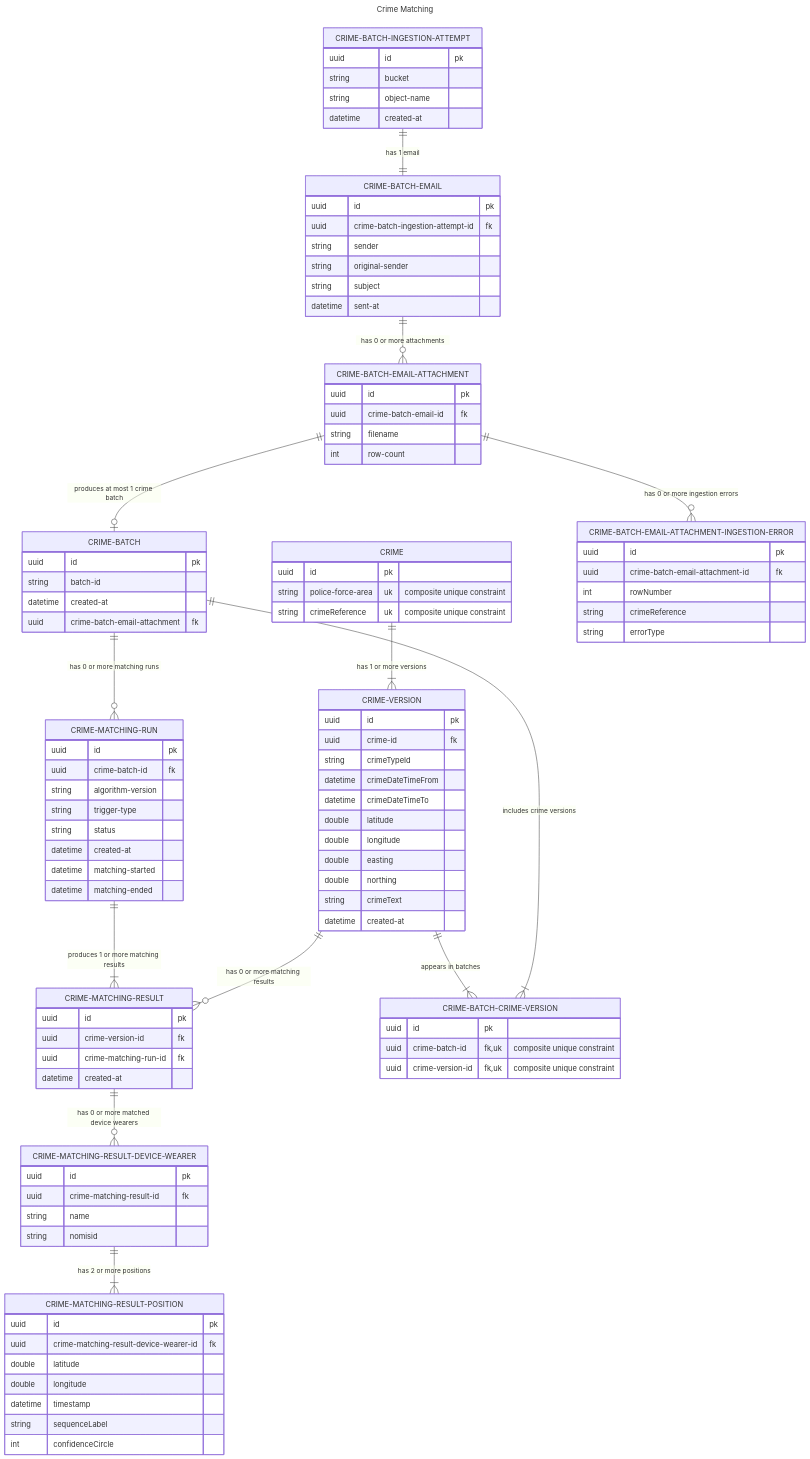
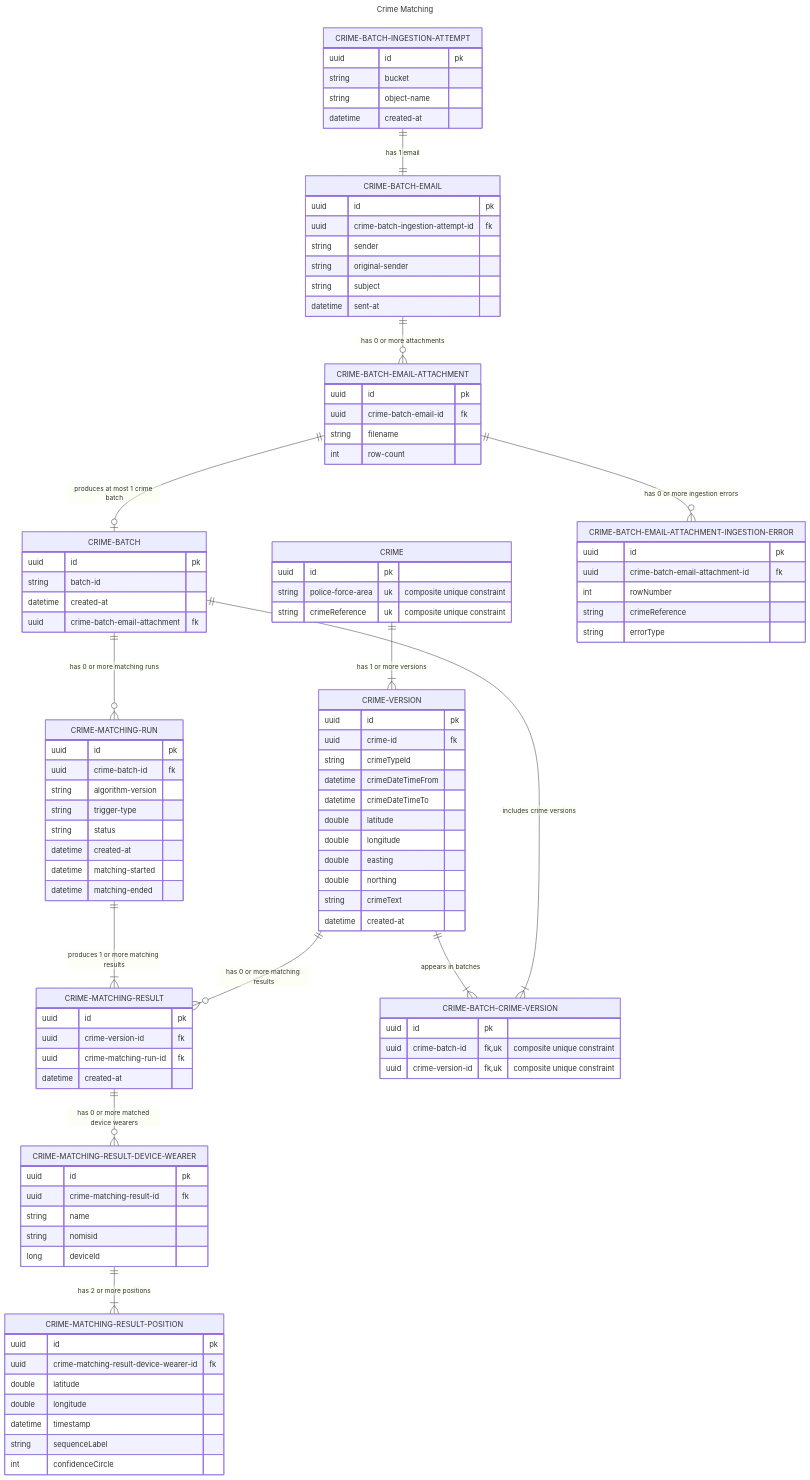
One commit to ministryofjustice/hmpps-electronic-monitoring-crime-matching-api changed the diagram in docs/model.mmd. Above: the diagram before and after it, drawn with Mermaid.

Commit message:
Added deviceId to Data Model as needed in the UI

```diff
--- a/docs/model.mmd
+++ b/docs/model.mmd
@@ -1,120 +1,121 @@
 ---
 title: Crime Matching
 ---
 erDiagram
     %% Domain
     CRIME 1 to 1+ CRIME-VERSION : "has 1 or more versions"
     CRIME-VERSION 1 to 0+ CRIME-MATCHING-RESULT : "has 0 or more matching results"
     CRIME-BATCH 1 to 1+ CRIME-BATCH-CRIME-VERSION : "includes crime versions"
     CRIME-VERSION 1 to 1+ CRIME-BATCH-CRIME-VERSION : "appears in batches"
 
     %% Ingestion
     CRIME-BATCH-EMAIL-ATTACHMENT 1 to zero or one CRIME-BATCH : "produces at most 1 crime batch"
     CRIME-BATCH-INGESTION-ATTEMPT 1 to 1 CRIME-BATCH-EMAIL : "has 1 email"
     CRIME-BATCH-EMAIL 1 to 0+ CRIME-BATCH-EMAIL-ATTACHMENT : "has 0 or more attachments"
     CRIME-BATCH-EMAIL-ATTACHMENT 1 to zero or more CRIME-BATCH-EMAIL-ATTACHMENT-INGESTION-ERROR : "has 0 or more ingestion errors"
 
     %% Matching
     CRIME-BATCH 1 to 0+ CRIME-MATCHING-RUN : "has 0 or more matching runs"
     CRIME-MATCHING-RUN 1 to 1+ CRIME-MATCHING-RESULT : "produces 1 or more matching results"
     CRIME-MATCHING-RESULT 1 to 0+ CRIME-MATCHING-RESULT-DEVICE-WEARER : "has 0 or more matched device wearers"
     CRIME-MATCHING-RESULT-DEVICE-WEARER 1 to 1+ CRIME-MATCHING-RESULT-POSITION : "has 2 or more positions"
 
     CRIME-BATCH {
         uuid id pk
         string batch-id
         datetime created-at
         uuid crime-batch-email-attachment fk
     }
 
     CRIME-BATCH-CRIME-VERSION {
         uuid id pk
         uuid crime-batch-id fk, uk "composite unique constraint"
         uuid crime-version-id fk, uk "composite unique constraint"
     }
 
     CRIME-BATCH-INGESTION-ATTEMPT {
         uuid id pk
         string bucket
         string object-name
         datetime created-at
     }
 
     CRIME-BATCH-EMAIL {
         uuid id pk
         uuid crime-batch-ingestion-attempt-id fk
         string sender
         string original-sender
         string subject
         datetime sent-at
     }
 
     CRIME-BATCH-EMAIL-ATTACHMENT {
         uuid id pk
         uuid crime-batch-email-id fk
         string filename
         int row-count
     }
 
     CRIME-BATCH-EMAIL-ATTACHMENT-INGESTION-ERROR {
         uuid id pk
         uuid crime-batch-email-attachment-id fk
         int rowNumber
         string crimeReference
         string errorType
     }
 
     CRIME {
         uuid id pk
         string police-force-area uk "composite unique constraint"
         string crimeReference uk "composite unique constraint"
     }
 
     CRIME-VERSION {
         uuid id pk
         uuid crime-id fk
         string crimeTypeId
         datetime crimeDateTimeFrom
         datetime crimeDateTimeTo
         double latitude
         double longitude
         double easting
         double northing
         string crimeText
         datetime created-at
     }
 
     CRIME-MATCHING-RUN {
         uuid id pk
         uuid crime-batch-id fk
         string algorithm-version
         string trigger-type
         string status
         datetime created-at
         datetime matching-started
         datetime matching-ended
     }
 
     CRIME-MATCHING-RESULT {
         uuid id pk
         uuid crime-version-id fk
         uuid crime-matching-run-id fk
         datetime created-at
     }
 
     CRIME-MATCHING-RESULT-DEVICE-WEARER {
         uuid id pk
         uuid crime-matching-result-id fk
         string name
         string nomisid
+        long deviceId
     }
 
     CRIME-MATCHING-RESULT-POSITION {
         uuid id pk
         uuid crime-matching-result-device-wearer-id fk
         double latitude
         double longitude
         datetime timestamp
         string sequenceLabel
         int confidenceCircle
     }
```
